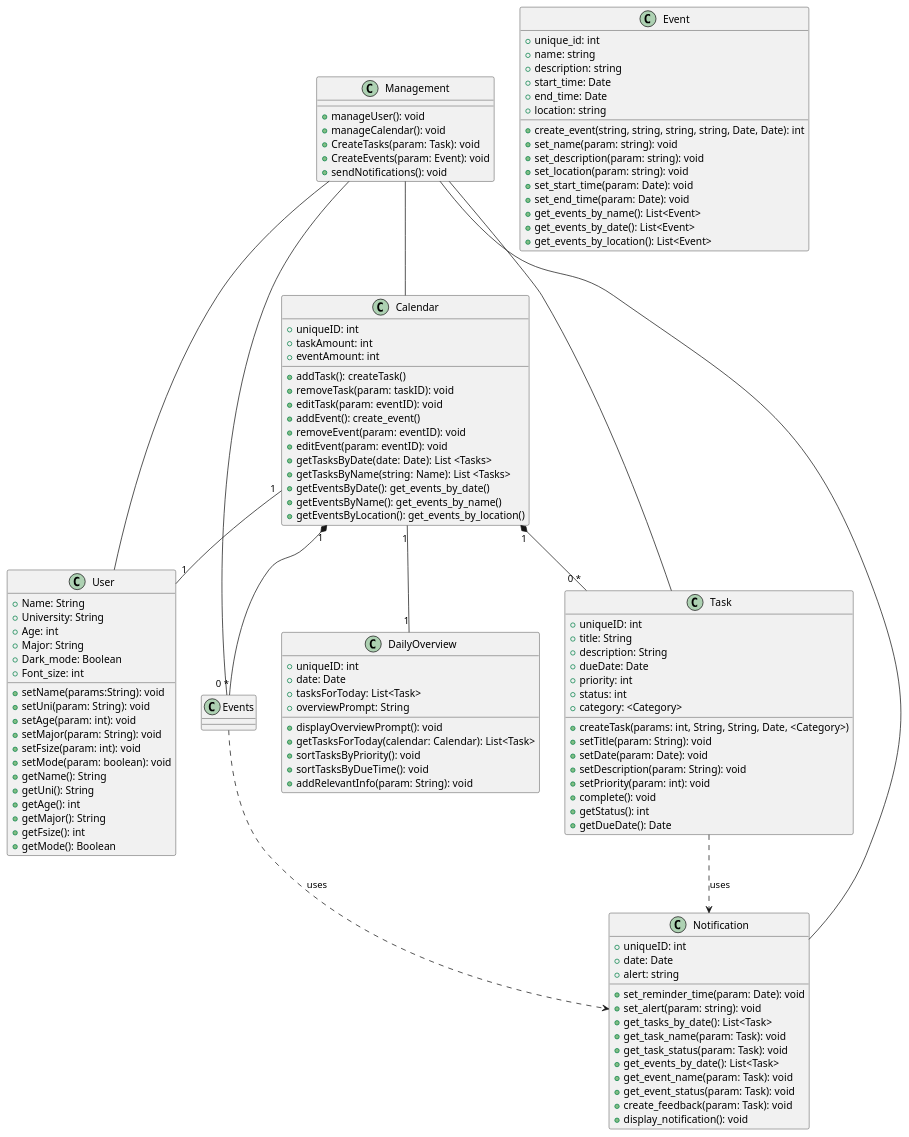
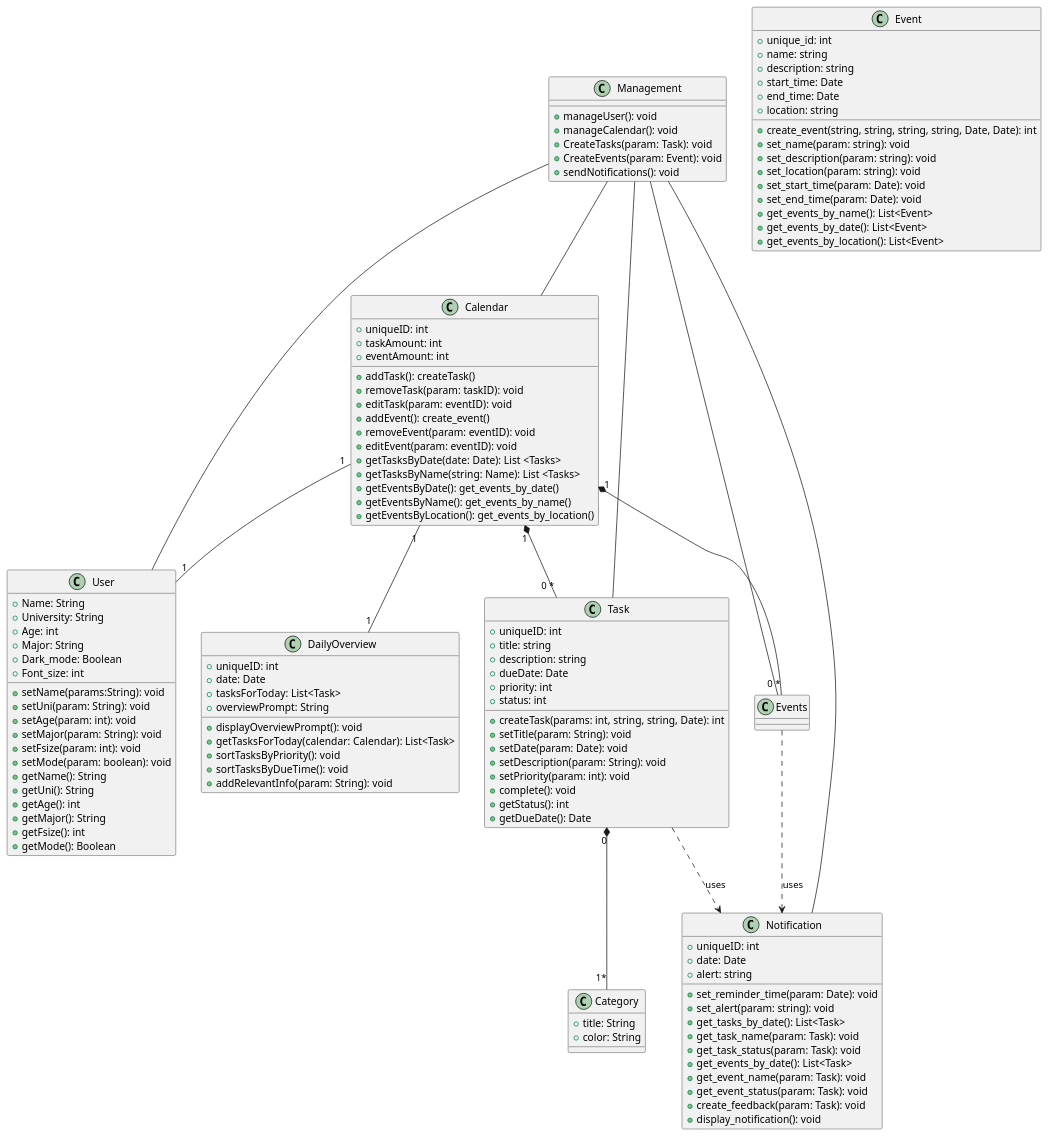
Before and after one commit to CS361-2024Fall-Term/Innovators: the diagram in assignment6/Diagram.puml, drawn with PlantUML.

```diff
--- a/assignment6/Diagram.puml
+++ b/assignment6/Diagram.puml
@@ -1,130 +1,135 @@
 @startuml
 
 class User {
   +Name: String
   +University: String
   +Age: int
   +Major: String
   +Dark_mode: Boolean
   +Font_size: int
   +setName(params:String): void
   +setUni(param: String): void
   +setAge(param: int): void
   +setMajor(param: String): void
   +setFsize(param: int): void
   +setMode(param: boolean): void
   +getName(): String
   +getUni(): String
   +getAge(): int
   +getMajor(): String
   +getFsize(): int
   +getMode(): Boolean
  
 }
 
 class Calendar {
   +uniqueID: int  
   +taskAmount: int
   +eventAmount: int
   +addTask(): createTask()
   +removeTask(param: taskID): void
   +editTask(param: eventID): void
   +addEvent(): create_event()
   +removeEvent(param: eventID): void
   +editEvent(param: eventID): void
   +getTasksByDate(date: Date): List <Tasks>
   +getTasksByName(string: Name): List <Tasks>
   +getEventsByDate(): get_events_by_date()
   +getEventsByName(): get_events_by_name()
   +getEventsByLocation(): get_events_by_location()
 }
 
 class Task {
   +uniqueID: int
-  +title: String
-  +description: String
+  +title: string
+  +description: string
   +dueDate: Date
   +priority: int
   +status: int
-  +category: <Category>
-  +createTask(params: int, String, String, Date, <Category>)
+  +createTask(params: int, string, string, Date): int
   +setTitle(param: String): void
   +setDate(param: Date): void
   +setDescription(param: String): void
   +setPriority(param: int): void
   +complete(): void
   +getStatus(): int
   +getDueDate(): Date
+}
+
+class Category {
+  +title: String
+  +color: String
 }
 
 class Notification {
   +uniqueID: int  
   +date: Date
   +alert: string
   
   +set_reminder_time(param: Date): void
   +set_alert(param: string): void
   +get_tasks_by_date(): List<Task>
   +get_task_name(param: Task): void
   +get_task_status(param: Task): void
   +get_events_by_date(): List<Task>
   +get_event_name(param: Task): void
   +get_event_status(param: Task): void
   +create_feedback(param: Task): void
   +display_notification(): void
 }
 
 class Event {
   +unique_id: int  
   +name: string
   +description: string
   +start_time: Date
   +end_time: Date
   +location: string
   +create_event(string, string, string, string, Date, Date): int
   +set_name(param: string): void
   +set_description(param: string): void
   +set_location(param: string): void
   +set_start_time(param: Date): void
   +set_end_time(param: Date): void
   +get_events_by_name(): List<Event>
   +get_events_by_date(): List<Event>
   +get_events_by_location(): List<Event>
 }
 
 class DailyOverview {
     +uniqueID: int
     +date: Date
     +tasksForToday: List<Task>
     +overviewPrompt: String
 
     +displayOverviewPrompt(): void
     +getTasksForToday(calendar: Calendar): List<Task>
     +sortTasksByPriority(): void
     +sortTasksByDueTime(): void
     +addRelevantInfo(param: String): void
 }
 
 class Management {
   +manageUser(): void
   +manageCalendar(): void
   +CreateTasks(param: Task): void
   +CreateEvents(param: Event): void
   +sendNotifications(): void
 }
 
 Management -- User
 Management -- Calendar
 Management -- Task
 Management -- Events
 Management -- Notification
 
 Calendar "1" -- "1" User
 Calendar "1" *-- "0 *" Task
 Calendar "1" *-- "0 *" Events
 Task ..> Notification: uses
+Task "0" *-- "1*" Category
 Events ..> Notification: uses
 Calendar "1" -- "1" DailyOverview
 
 
 @enduml
```
